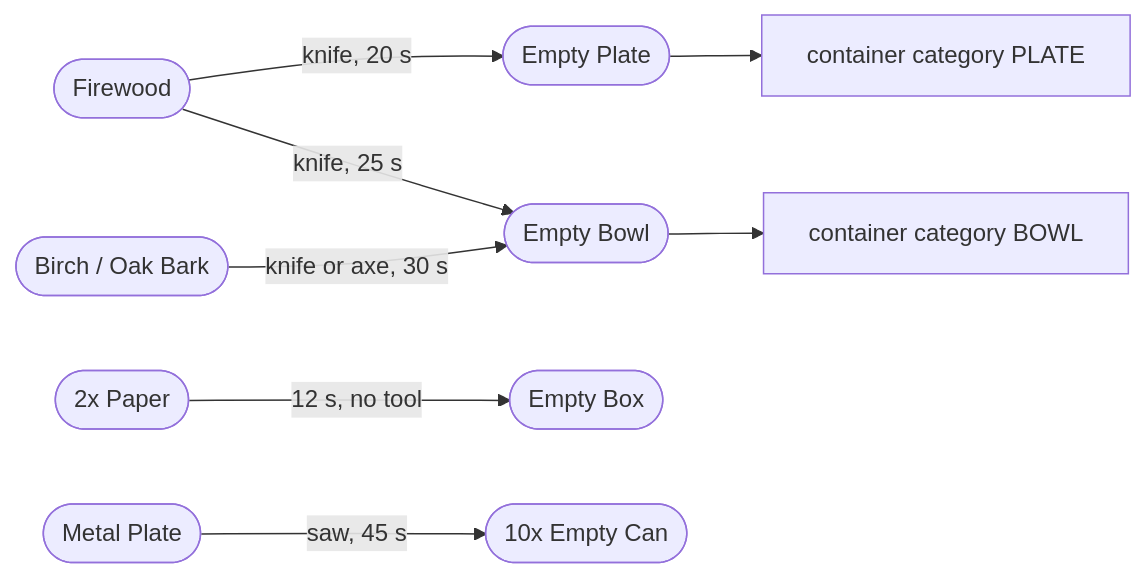
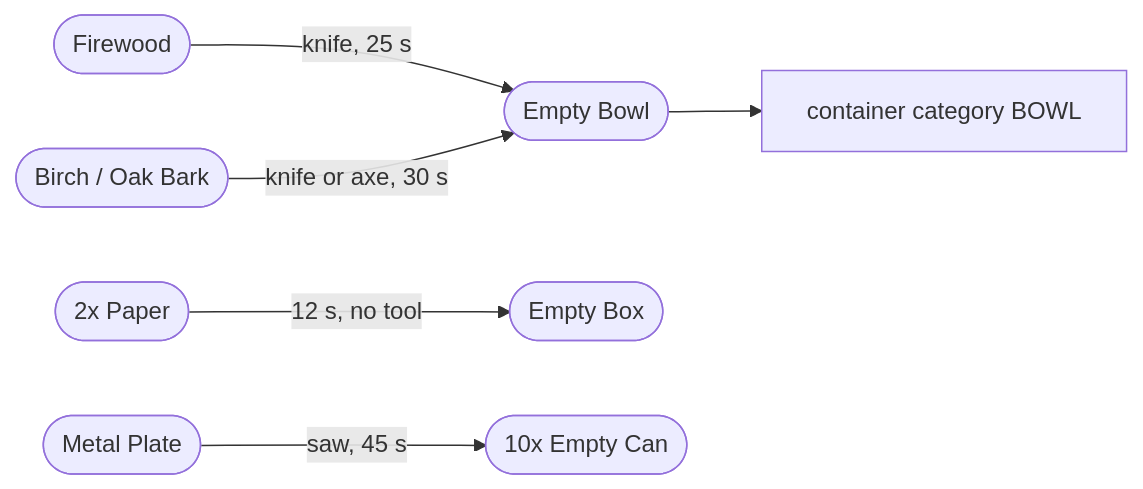
One commit to Psyern/Psyerns_ChefZ changed diagram 14 of 14 in ChefZ_Wiki/Production-Chains.md. Above: the diagram before and after it, drawn with Mermaid. The commit also changed other lines of this file and 359 other files, not shown here.

````diff
--- a/ChefZ_Wiki/Production-Chains.md
+++ b/ChefZ_Wiki/Production-Chains.md
@@ -564,10 +636,8 @@
 ```mermaid
 graph LR
-  FW(["Firewood"]) -->|"knife, 20 s"| PL(["Empty Plate"])
-  FW -->|"knife, 25 s"| BO(["Empty Bowl"])
+  FW(["Firewood"]) -->|"knife, 25 s"| BO(["Empty Bowl"])
   BK(["Birch / Oak Bark"]) -->|"knife or axe, 30 s"| BO
   PA(["2x Paper"]) -->|"12 s, no tool"| BX(["Empty Box"])
   MP(["Metal Plate"]) -->|"saw, 45 s"| CN(["10x Empty Can"])
-  PL --> D1["container category PLATE"]
   BO --> D2["container category BOWL"]
 ```
````
